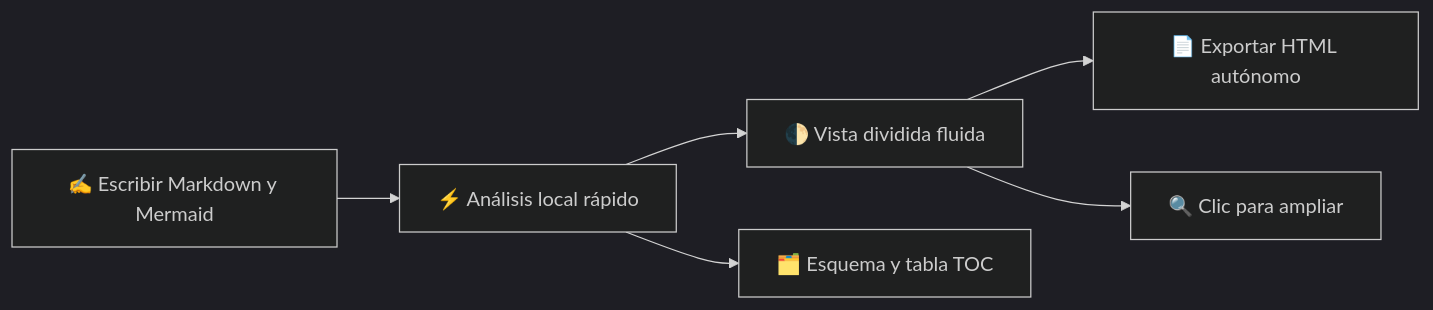
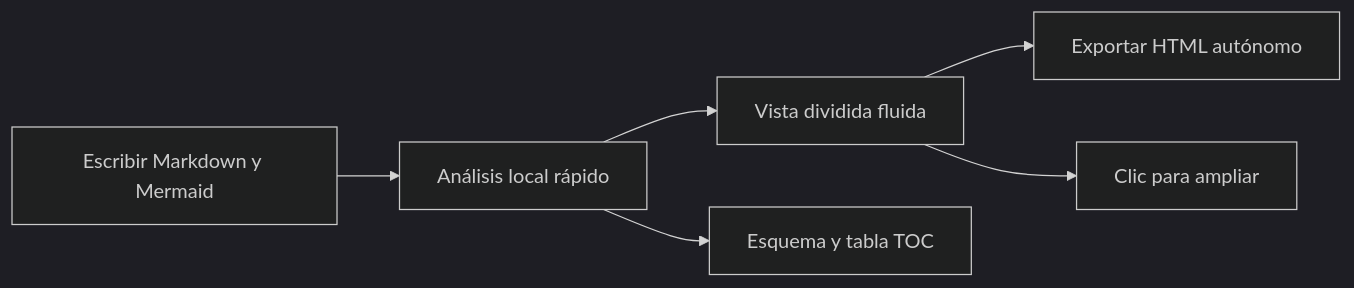
One commit to 2716190547/zmark changed the diagram in crates/zmark_app/assets/welcome/es.md. Above: the diagram before and after it, drawn with Mermaid (dark theme). The commit also changed other lines of this file and 9 other files, not shown here.

````diff
--- a/crates/zmark_app/assets/welcome/es.md
+++ b/crates/zmark_app/assets/welcome/es.md
@@ -84,8 +84,8 @@
 ```mermaid
 flowchart LR
-    Write["✍️ Escribir Markdown y Mermaid"] --> Parse["⚡️ Análisis local rápido"]
-    Parse --> Split["🌓 Vista dividida fluida"]
-    Parse --> Outline["🗂️ Esquema y tabla TOC"]
-    Split --> Export["📄 Exportar HTML autónomo"]
-    Split --> Lightbox["🔍 Clic para ampliar"]
+    Write["Escribir Markdown y Mermaid"] --> Parse["Análisis local rápido"]
+    Parse --> Split["Vista dividida fluida"]
+    Parse --> Outline["Esquema y tabla TOC"]
+    Split --> Export["Exportar HTML autónomo"]
+    Split --> Lightbox["Clic para ampliar"]
 ```
````
